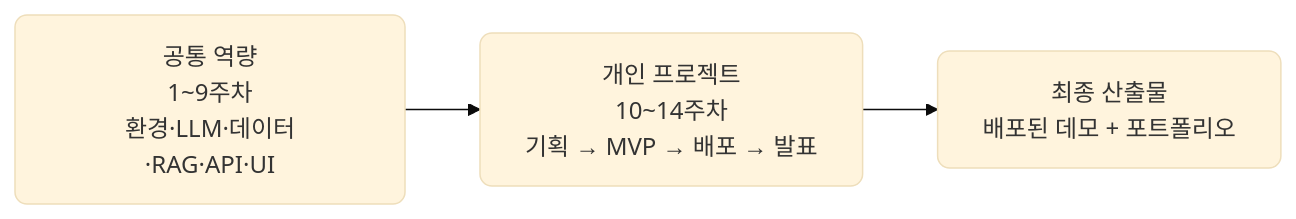
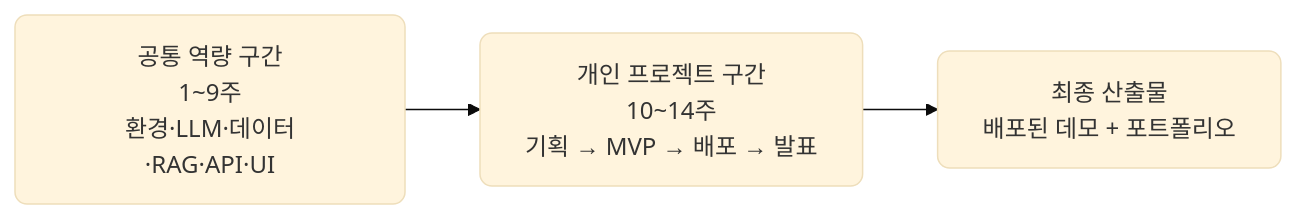
The first of 10 diagrams in site/src/content/slides/ko/session-01/index.mdx (2026-ai-service-engineering-a/ai_service_engineering-track_a), drawn with Mermaid (base theme) before and after one commit. The commit also changed other lines of this file and 1 other file, not shown here.

````diff
--- a/site/src/content/slides/ko/session-01/index.mdx
+++ b/site/src/content/slides/ko/session-01/index.mdx
@@ -34,6 +61,6 @@
 ```mermaid
 flowchart LR
-  A["공통 역량<br/>1~9주차<br/>환경·LLM·데이터·RAG·API·UI"] --> B["개인 프로젝트<br/>10~14주차<br/>기획 → MVP → 배포 → 발표"]
+  A["공통 역량 구간<br/>1~9주<br/>환경·LLM·데이터·RAG·API·UI"] --> B["개인 프로젝트 구간<br/>10~14주<br/>기획 → MVP → 배포 → 발표"]
   B --> C["최종 산출물<br/>배포된 데모 + 포트폴리오"]
   classDef default rx:8,ry:8;
 ```
````
